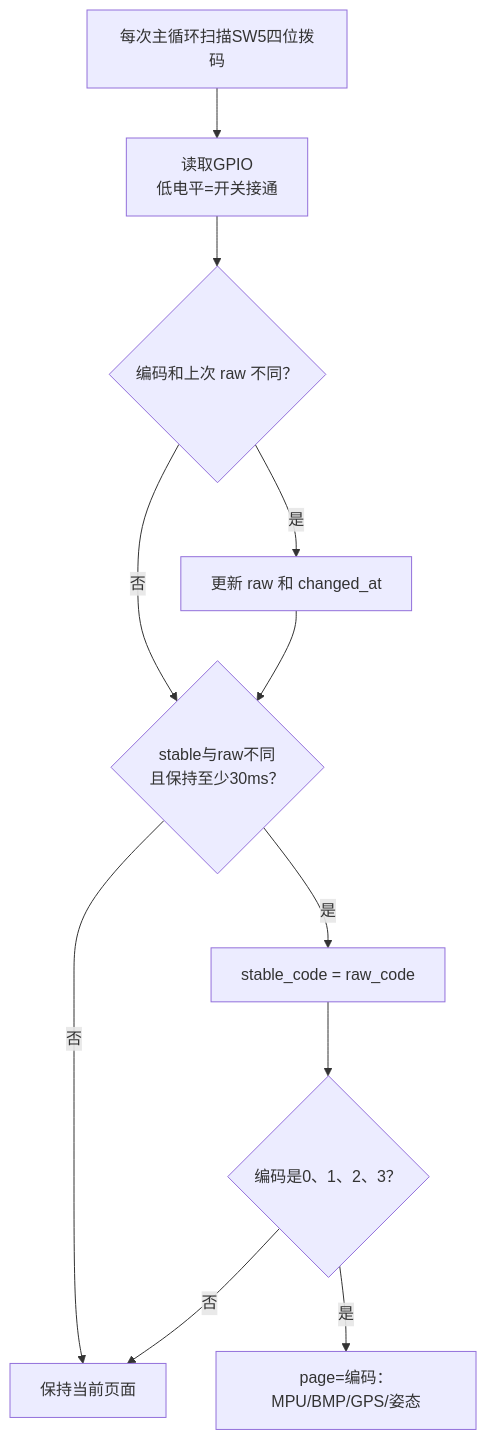
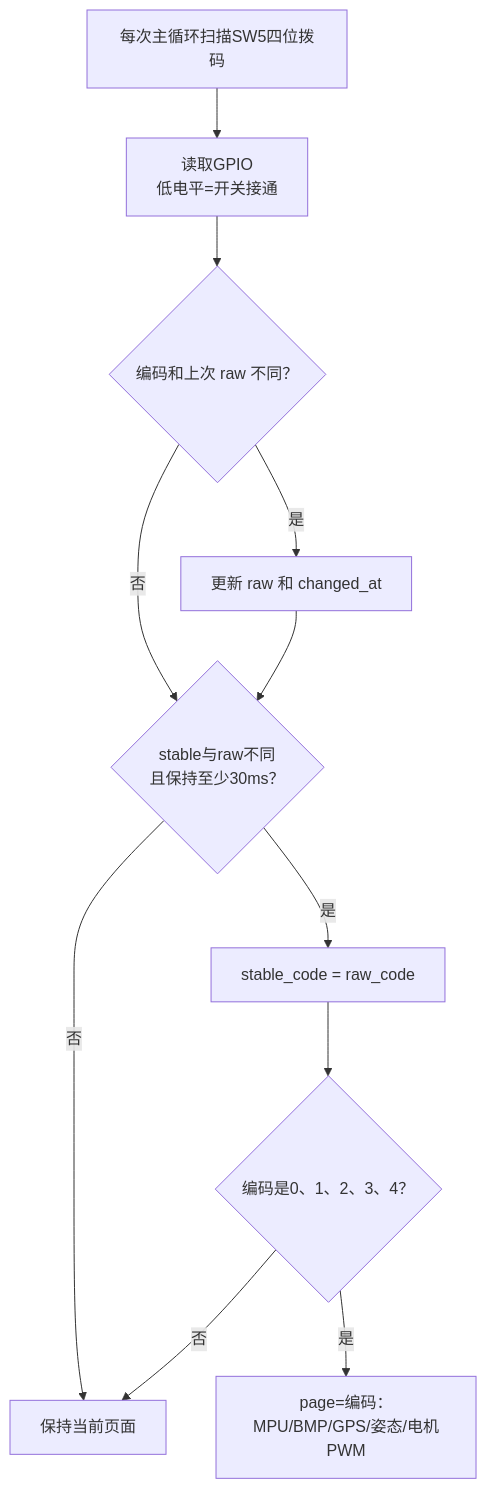
Diagram 11 of 16 in software/docs/PROGRAM_FLOW.md (Killvinrie/quad), drawn with Mermaid before and after one commit. The commit also changed other lines of this file and 20 other files, not shown here.

````diff
--- a/software/docs/PROGRAM_FLOW.md
+++ b/software/docs/PROGRAM_FLOW.md
@@ -360,13 +360,13 @@
 ```mermaid
 flowchart TD
     A["每次主循环扫描SW5四位拨码"] --> B["读取GPIO<br/>低电平=开关接通"]
     B --> C{"编码和上次 raw 不同？"}
     C -- 是 --> D["更新 raw 和 changed_at"]
     C -- 否 --> E{"stable与raw不同<br/>且保持至少30ms？"}
     D --> E
     E -- 否 --> Z["本键无事件"]
     E -- 是 --> F["stable_code = raw_code"]
-    F --> G{"编码是0、1、2、3？"}
+    F --> G{"编码是0、1、2、3、4？"}
     G -- 否 --> Z["保持当前页面"]
-    G -- 是 --> H["page=编码：MPU/BMP/GPS/姿态"]
+    G -- 是 --> H["page=编码：MPU/BMP/GPS/姿态/电机PWM"]
 ```
````
